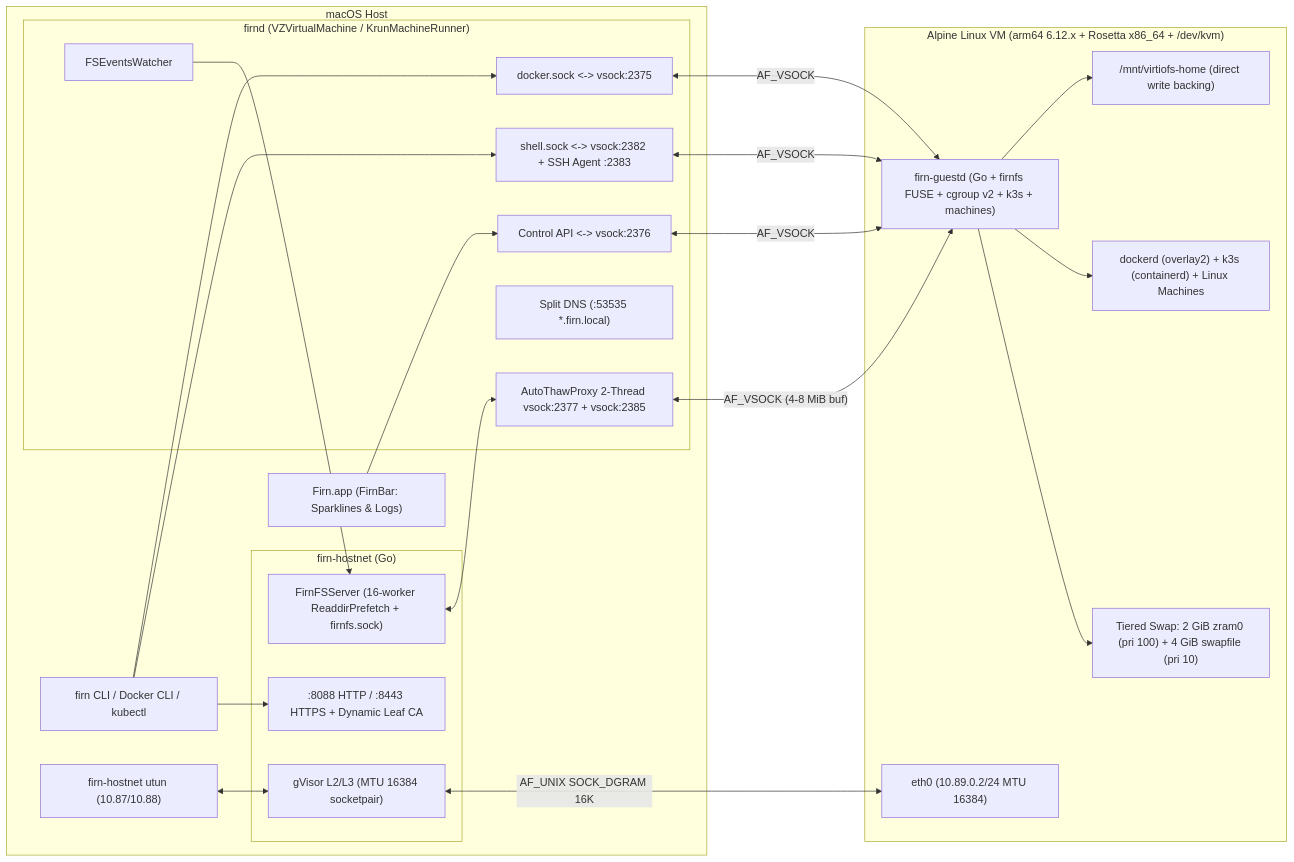
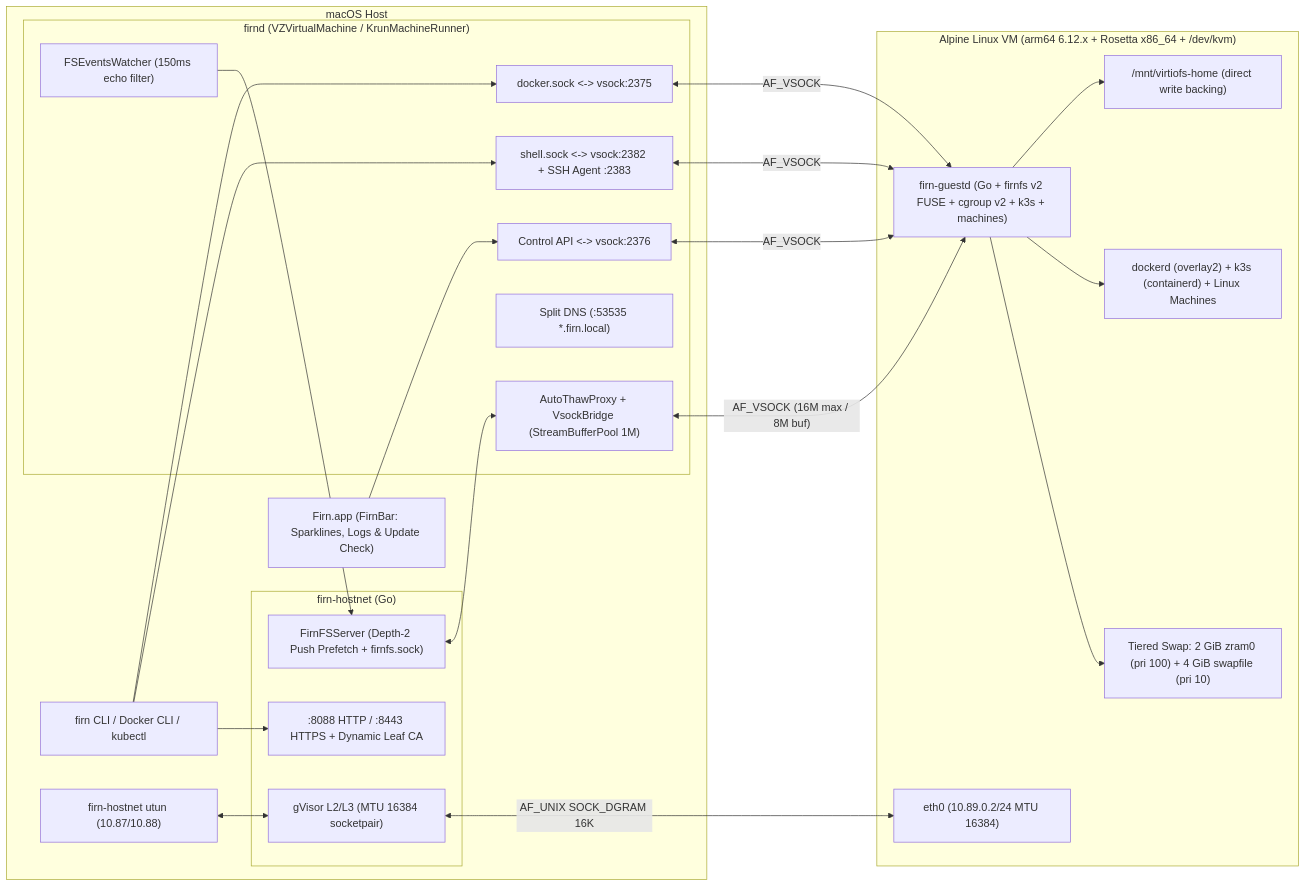
The diagram in README.md (zxzinn/firn), drawn with Mermaid before and after one commit. The commit also changed other lines of this file and 27 other files, not shown here.

Commit message:
Release v0.5.0: firnfs Depth-2 prefetch, pooled streaming & zero-dependency distribution/self-update

````diff
--- a/README.md
+++ b/README.md
@@ -71,43 +111,43 @@
 ```mermaid
 flowchart LR
   subgraph macOS["macOS Host"]
     CLI["firn CLI / Docker CLI / kubectl"]
-    Bar["Firn.app (FirnBar: Sparklines & Logs)"]
+    Bar["Firn.app (FirnBar: Sparklines, Logs & Update Check)"]
     UTUN["firn-hostnet utun (10.87/10.88)"]
     subgraph Daemon["firnd (VZVirtualMachine / KrunMachineRunner)"]
-      FSW["FSEventsWatcher"]
+      FSW["FSEventsWatcher (150ms echo filter)"]
       D["docker.sock <-> vsock:2375"]
       C["Control API <-> vsock:2376"]
-      T["AutoThawProxy 2-Thread vsock:2377 + vsock:2385"]
+      T["AutoThawProxy + VsockBridge (StreamBufferPool 1M)"]
       DNS["Split DNS (:53535 *.firn.local)"]
       SH["shell.sock <-> vsock:2382 + SSH Agent :2383"]
     end
     subgraph HN["firn-hostnet (Go)"]
       GV["gVisor L2/L3 (MTU 16384 socketpair)"]
       TLS[":8088 HTTP / :8443 HTTPS + Dynamic Leaf CA"]
-      FSRV["FirnFSServer (16-worker ReaddirPrefetch + firnfs.sock)"]
+      FSRV["FirnFSServer (Depth-2 Push Prefetch + firnfs.sock)"]
     end
   end
   subgraph Linux["Alpine Linux VM (arm64 6.12.x + Rosetta x86_64 + /dev/kvm)"]
-    GD["firn-guestd (Go + firnfs FUSE + cgroup v2 + k3s + machines)"]
+    GD["firn-guestd (Go + firnfs v2 FUSE + cgroup v2 + k3s + machines)"]
     ETH["eth0 (10.89.0.2/24 MTU 16384)"]
     DK["dockerd (overlay2) + k3s (containerd) + Linux Machines"]
     VFS["/mnt/virtiofs-home (direct write backing)"]
     SW["Tiered Swap: 2 GiB zram0 (pri 100) + 4 GiB swapfile (pri 10)"]
   end
   CLI --> D
   CLI --> SH
   CLI --> TLS
   UTUN <--> GV
   Bar --> C
   FSW --> FSRV
-  T <-->|"AF_VSOCK (4-8 MiB buf)"| GD
+  T <-->|"AF_VSOCK (16M max / 8M buf)"| GD
   D <-->|"AF_VSOCK"| GD
   C <-->|"AF_VSOCK"| GD
   SH <-->|"AF_VSOCK"| GD
   GV <-->|"AF_UNIX SOCK_DGRAM 16K"| ETH
   FSRV <--> T
   GD --> VFS
   GD --> DK
   GD --> SW
 ```
````
